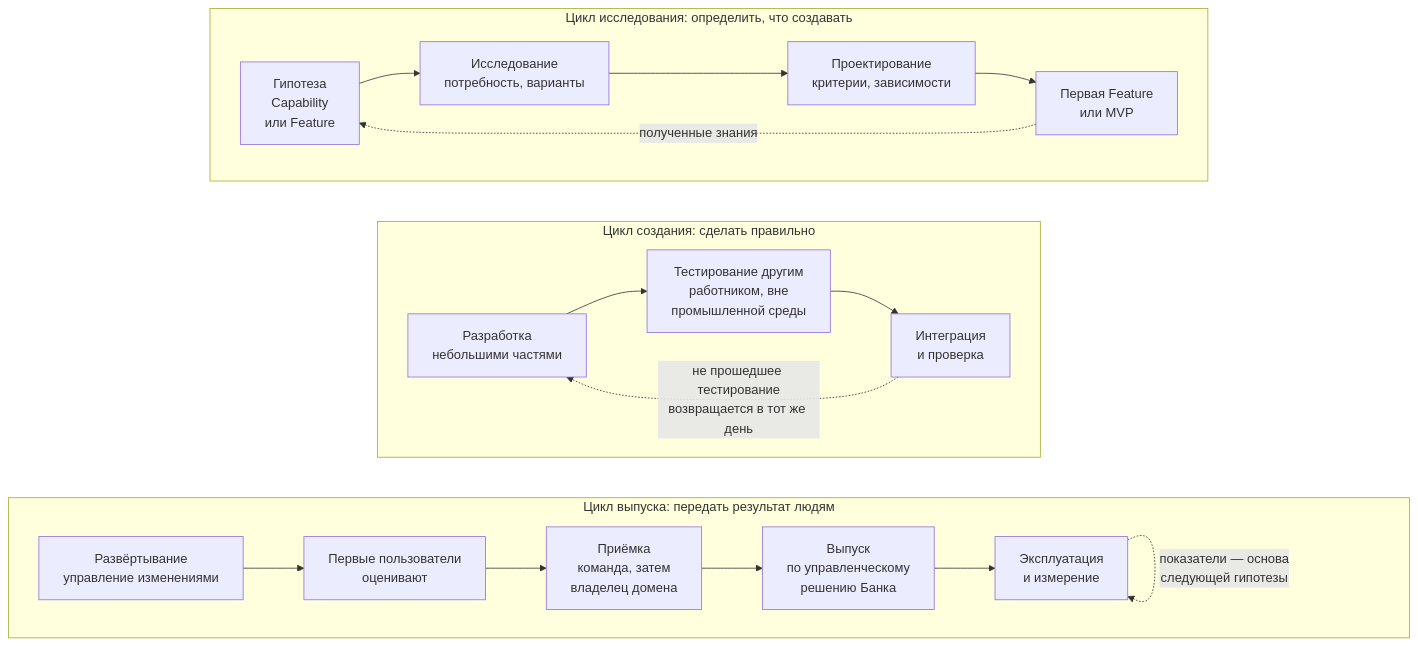
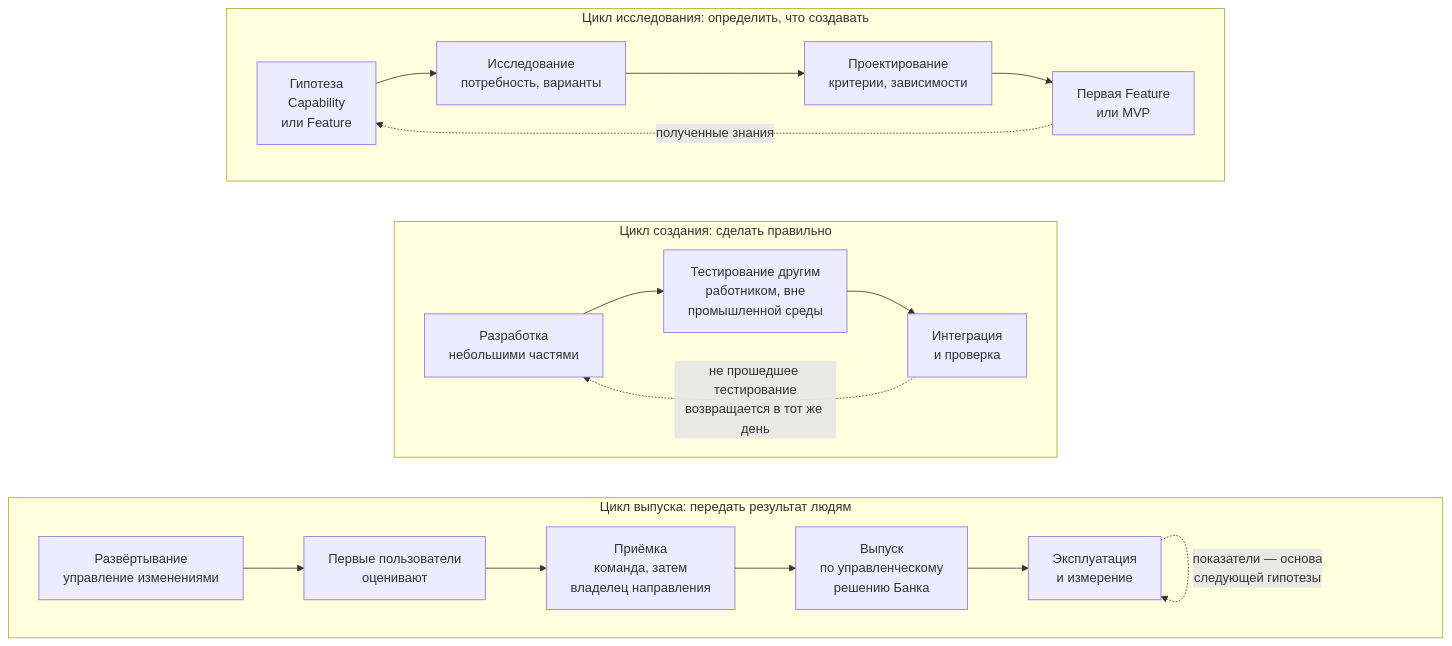
Before and after one commit to devhogu/ob-aicc: the fourth of 5 diagrams in portal/content/ru/delivery/the-loops-of-delivery.md, drawn with Mermaid. The commit also changed other lines of this file and 290 other files, not shown here.

First line of the commit message:
Russian edition: Domain is «направление» (владелец направления, эксперт направления); Strategic Priority 3 is «AI в работе направлений Банка»

````diff
--- a/portal/content/ru/delivery/the-loops-of-delivery.md
+++ b/portal/content/ru/delivery/the-loops-of-delivery.md
@@ -59,26 +59,26 @@
 ```mermaid
 flowchart TB
   subgraph EXP["Цикл исследования: определить, что создавать"]
     direction LR
     H["Гипотеза<br/>Capability<br/>или Feature"] --> X["Исследование<br/>потребность, варианты"]
     X --> DG["Проектирование<br/>критерии, зависимости"]
     DG --> FF["Первая Feature<br/>или MVP"]
     FF -.->|"полученные знания"| H
   end
   subgraph BLD["Цикл создания: сделать правильно"]
     direction LR
     DV["Разработка<br/>небольшими частями"] --> TS["Тестирование другим<br/>работником, вне<br/>промышленной среды"]
     TS --> IG["Интеграция<br/>и проверка"]
     IG -.->|"не прошедшее тестирование<br/>возвращается в тот же день"| DV
   end
   subgraph REL["Цикл выпуска: передать результат людям"]
     direction LR
     DP["Развёртывание<br/>управление изменениями"] --> FU["Первые пользователи<br/>оценивают"]
-    FU --> ACC["Приёмка<br/>команда, затем<br/>владелец домена"]
+    FU --> ACC["Приёмка<br/>команда, затем<br/>владелец направления"]
     ACC --> RO["Выпуск<br/>по управленческому<br/>решению Банка"]
     RO --> OPR["Эксплуатация<br/>и измерение"]
     OPR -.->|"показатели — основа<br/>следующей гипотезы"| OPR
   end
   EXP ~~~ BLD
   BLD ~~~ REL
 ```
````
